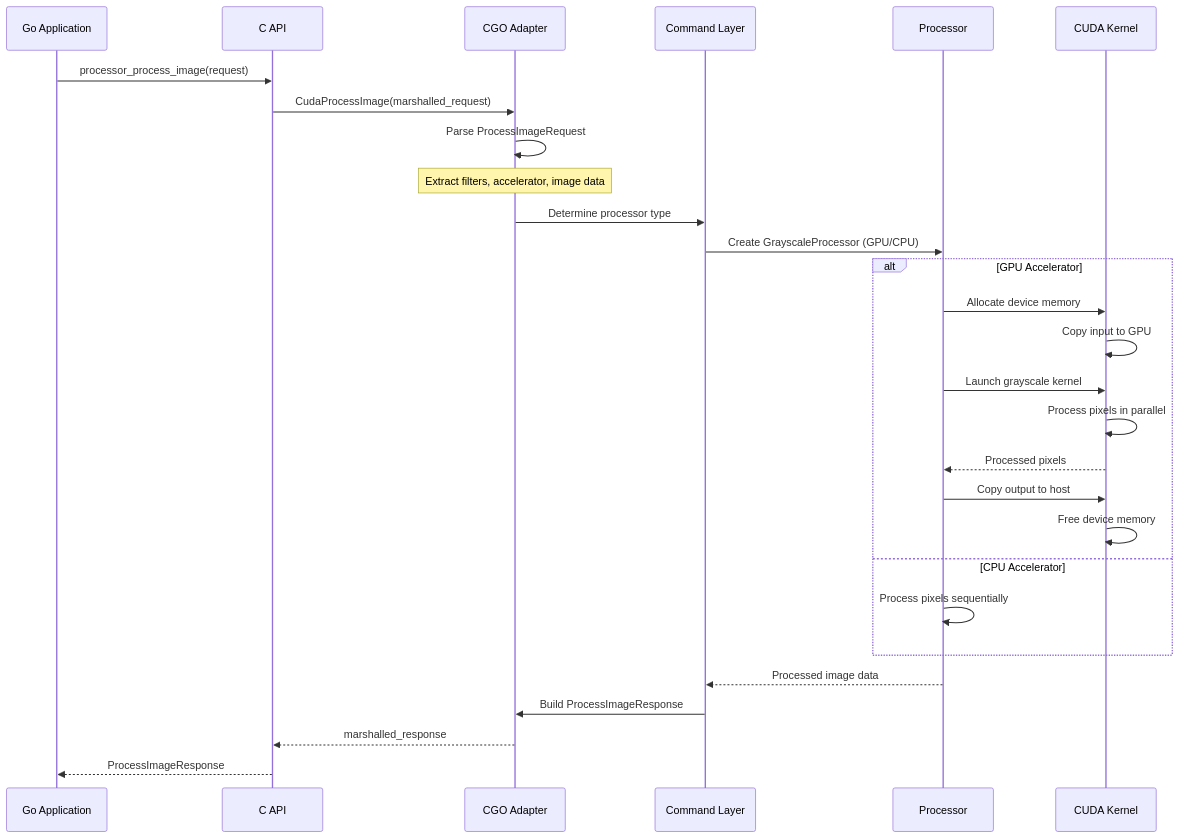
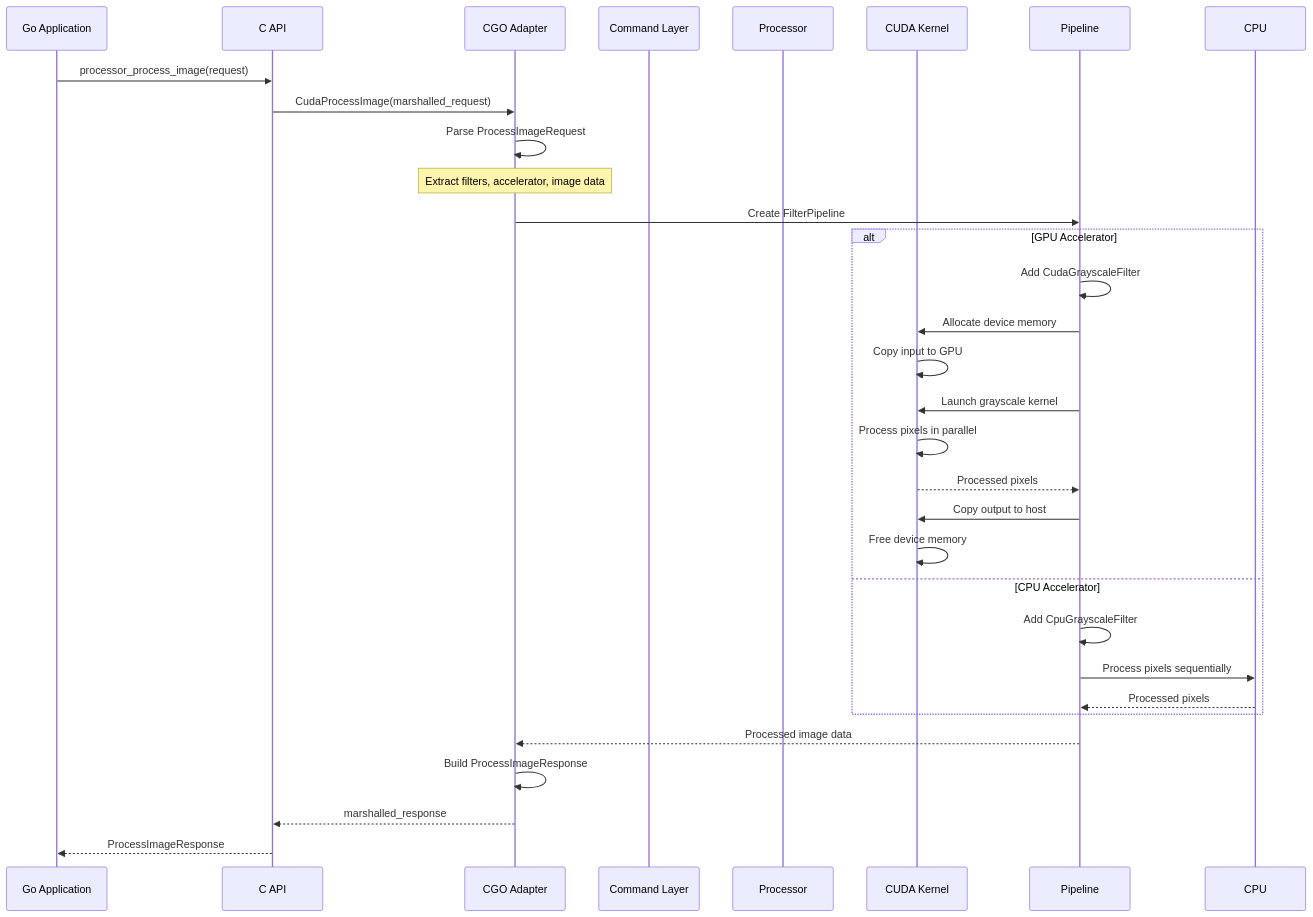
The third of 3 diagrams in cpp_accelerator/README.md (josnelihurt/learning-cuda), drawn with Mermaid before and after one commit. The commit also changed other lines of this file and 2 other files, not shown here.

Commit message:
fix: accept RGBA images in cuda grayscale filter
The CUDA grayscale filter was rejecting RGBA images (4 channels)
even though the kernel supports them. Updated validation to accept
RGB (3), RGBA (4), and grayscale (1) channel formats. CPU filter
already supported RGBA, now both implementations are consistent.

- Updated channel validation in grayscale_filter.cpp
- Updated README.md diagrams to reflect FilterPipeline architecture
- Updated CHANGELOG.md with migration details

````diff
--- a/cpp_accelerator/README.md
+++ b/cpp_accelerator/README.md
@@ -122,35 +118,37 @@
 ```mermaid
 sequenceDiagram
     participant Go as Go Application
     participant API as C API
     participant CGO as CGO Adapter
     participant Command as Command Layer
     participant Proc as Processor
     participant CUDA as CUDA Kernel
     
     Go->>API: processor_process_image(request)
     API->>CGO: CudaProcessImage(marshalled_request)
     CGO->>CGO: Parse ProcessImageRequest
     
     Note over CGO: Extract filters, accelerator, image data
     
-    CGO->>Command: Determine processor type
-    Command->>Proc: Create GrayscaleProcessor (GPU/CPU)
+    CGO->>Pipeline: Create FilterPipeline
     
     alt GPU Accelerator
-        Proc->>CUDA: Allocate device memory
+        Pipeline->>Pipeline: Add CudaGrayscaleFilter
+        Pipeline->>CUDA: Allocate device memory
         CUDA->>CUDA: Copy input to GPU
-        Proc->>CUDA: Launch grayscale kernel
+        Pipeline->>CUDA: Launch grayscale kernel
         CUDA->>CUDA: Process pixels in parallel
-        CUDA-->>Proc: Processed pixels
-        Proc->>CUDA: Copy output to host
+        CUDA-->>Pipeline: Processed pixels
+        Pipeline->>CUDA: Copy output to host
         CUDA->>CUDA: Free device memory
     else CPU Accelerator
-        Proc->>Proc: Process pixels sequentially
+        Pipeline->>Pipeline: Add CpuGrayscaleFilter
+        Pipeline->>CPU: Process pixels sequentially
+        CPU-->>Pipeline: Processed pixels
     end
     
-    Proc-->>Command: Processed image data
-    Command->>CGO: Build ProcessImageResponse
+    Pipeline-->>CGO: Processed image data
+    CGO->>CGO: Build ProcessImageResponse
     CGO-->>API: marshalled_response
     API-->>Go: ProcessImageResponse
 ```
````
